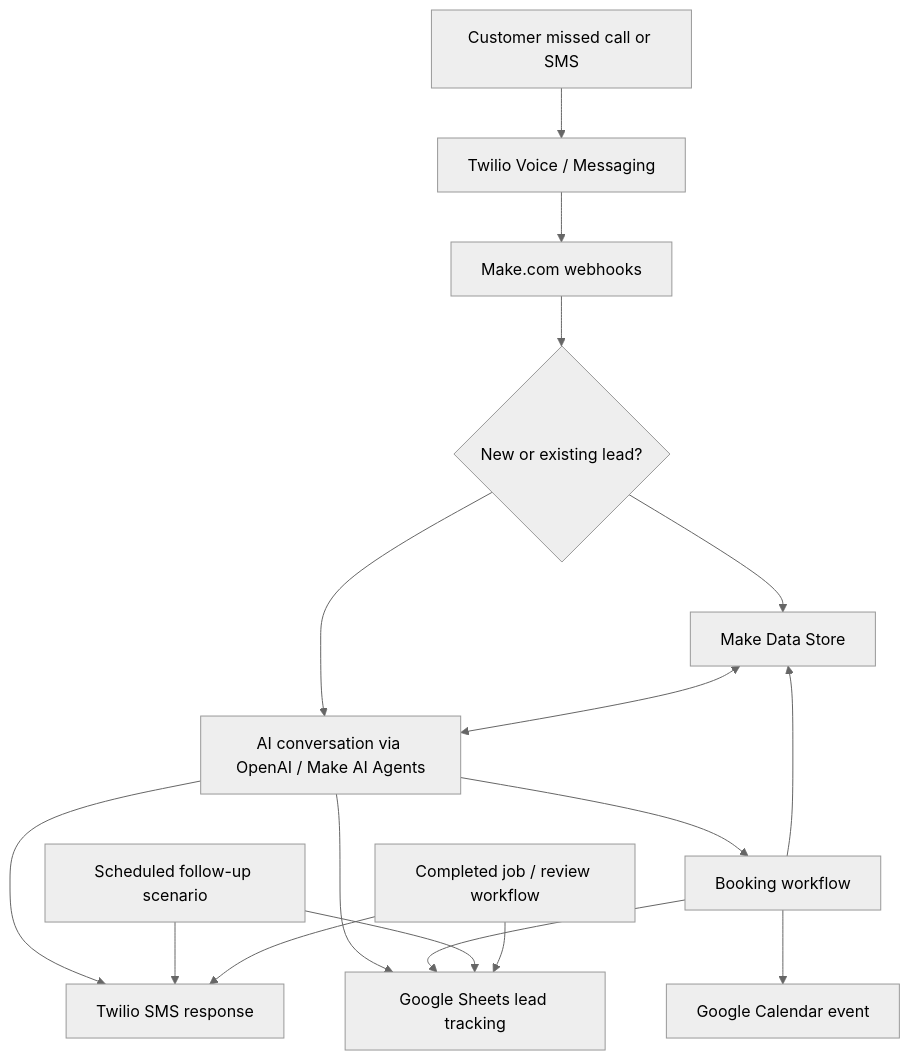
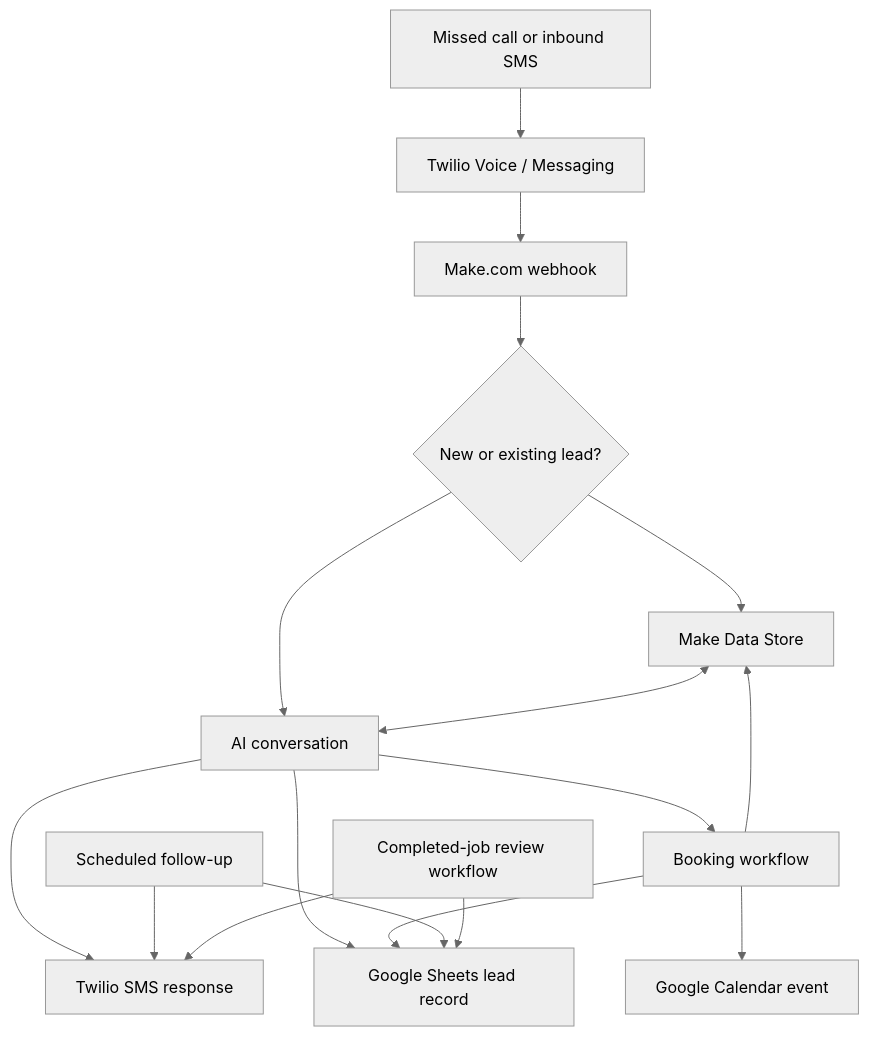
One commit to mudasirmujtaba/Make.com-AI-Receptionist-for-Plumbing-Services changed the diagram in README.md. Above: the diagram before and after it, drawn with Mermaid (neutral theme). The commit also changed other lines of this file, not shown here.

````diff
--- a/README.md
+++ b/README.md
@@ -19,19 +28,19 @@
 ```mermaid
 flowchart TD
-    A[Customer missed call or SMS] --> B[Twilio Voice / Messaging]
-    B --> C[Make.com webhooks]
+    A[Missed call or inbound SMS] --> B[Twilio Voice / Messaging]
+    B --> C[Make.com webhook]
     C --> D{New or existing lead?}
     D --> E[Make Data Store]
-    D --> F[AI conversation via OpenAI / Make AI Agents]
+    D --> F[AI conversation]
     E <--> F
     F --> G[Twilio SMS response]
-    F --> H[Google Sheets lead tracking]
+    F --> H[Google Sheets lead record]
     F --> I[Booking workflow]
     I --> J[Google Calendar event]
     I --> H
     I --> E
-    K[Scheduled follow-up scenario] --> H
+    K[Scheduled follow-up] --> H
     K --> G
-    L[Completed job / review workflow] --> H
+    L[Completed-job review workflow] --> H
     L --> G
 ```
````
